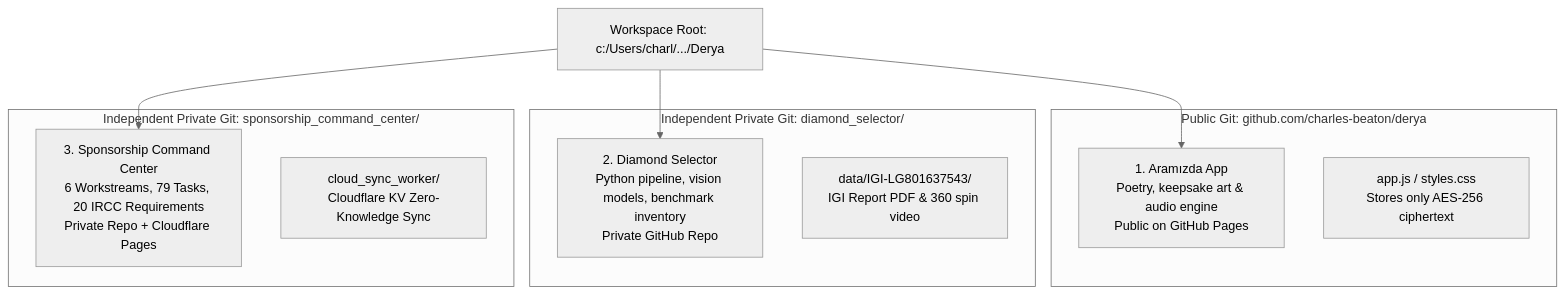
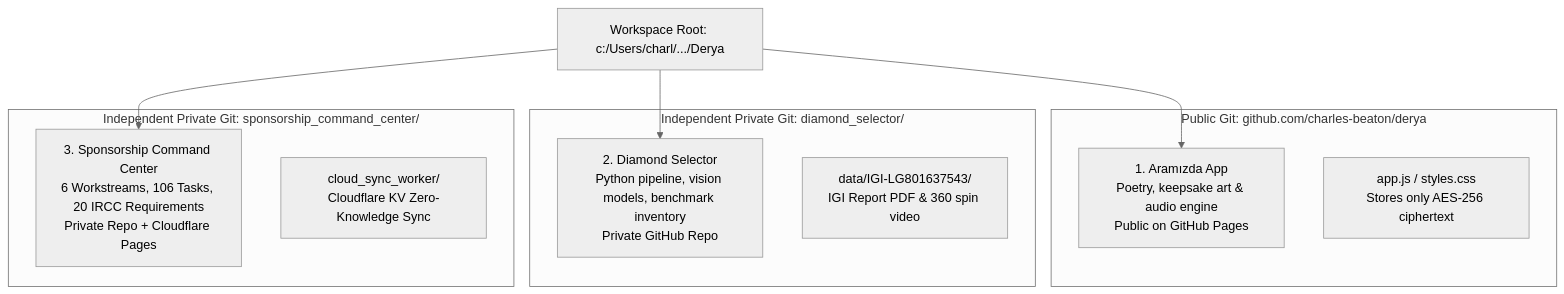
Before and after one commit to charles-beaton/derya: the diagram in AGENTS.md, drawn with Mermaid (neutral theme).

Commit message:
docs: update Command Center task count to 106 in workspace architecture diagram

````diff
--- a/AGENTS.md
+++ b/AGENTS.md
@@ -12,23 +12,23 @@
 ```mermaid
 graph TD
     Root[Workspace Root: c:/Users/charl/.../Derya]
     
     subgraph PublicGit [Public Git: github.com/charles-beaton/derya]
         Aramizda[1. Aramızda App<br/>Poetry, keepsake art & audio engine<br/>Public on GitHub Pages]
         EncryptedAppJS[app.js / styles.css<br/>Stores only AES-256 ciphertext]
     end
 
     subgraph PrivateSub1 [Independent Private Git: diamond_selector/]
         DiamondSelector[2. Diamond Selector<br/>Python pipeline, vision models, benchmark inventory<br/>Private GitHub Repo]
         CertMedia[data/IGI-LG801637543/<br/>IGI Report PDF & 360 spin video]
     end
 
     subgraph PrivateSub2 [Independent Private Git: sponsorship_command_center/]
-        CommandCenter[3. Sponsorship Command Center<br/>6 Workstreams, 79 Tasks, 20 IRCC Requirements<br/>Private Repo + Cloudflare Pages]
+        CommandCenter[3. Sponsorship Command Center<br/>6 Workstreams, 106 Tasks, 20 IRCC Requirements<br/>Private Repo + Cloudflare Pages]
         SyncWorker[cloud_sync_worker/<br/>Cloudflare KV Zero-Knowledge Sync]
     end
 
     Root --> Aramizda
     Root --> DiamondSelector
     Root --> CommandCenter
 ```
````
